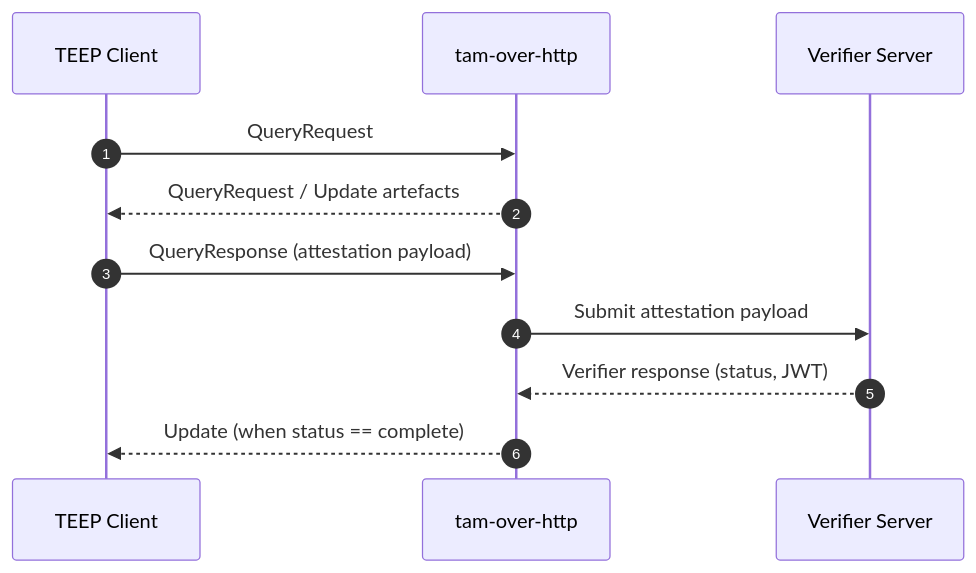
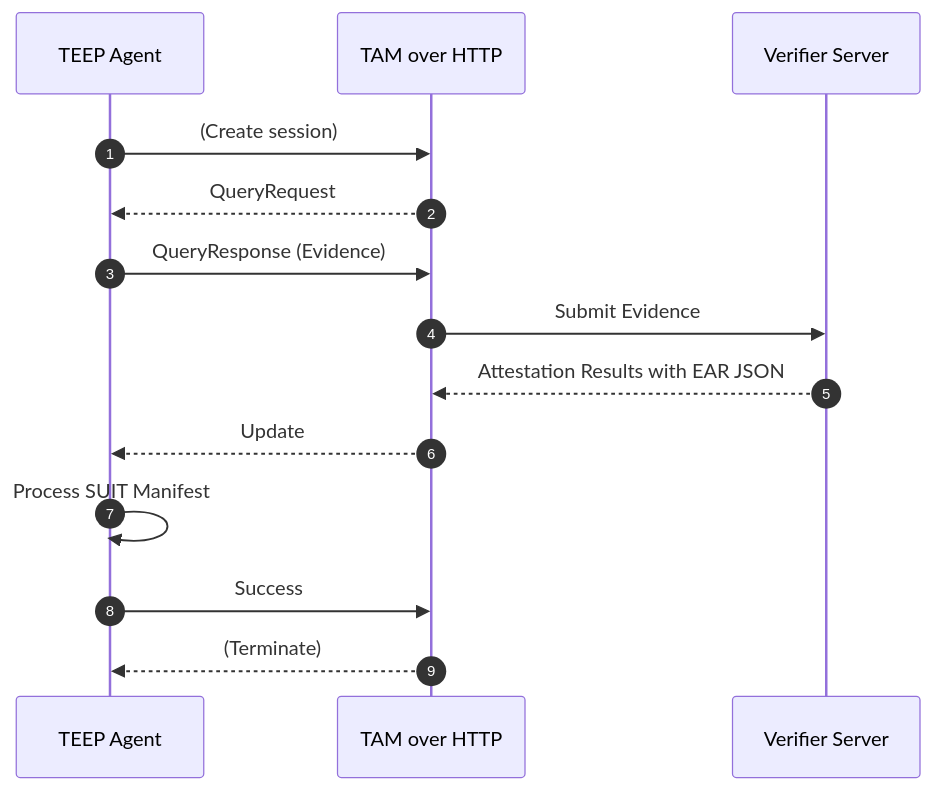
One commit to kentakayama/tam-over-http changed the second of 2 diagrams in README.md. Above: the diagram before and after it, drawn with Mermaid. The commit also changed other lines of this file and 1 other file, not shown here.

Commit message:
update: README

````diff
--- a/README.md
+++ b/README.md
@@ -58,14 +67,17 @@
 ```mermaid
 sequenceDiagram
     autonumber
-    participant Client as TEEP Client
-    participant TAM as tam-over-http
+    participant Client as TEEP Agent
+    participant TAM as TAM over HTTP
     participant Verifier as Verifier Server
 
-    Client->>TAM: QueryRequest
-    TAM-->>Client: QueryRequest / Update artefacts
-    Client->>TAM: QueryResponse (attestation payload)
-    TAM->>Verifier: Submit attestation payload
-    Verifier-->>TAM: Verifier response (status, JWT)
-    TAM-->>Client: Update (when status == complete)
+    Client->>TAM: (Create session)
+    TAM-->>Client: QueryRequest
+    Client->>TAM: QueryResponse (Evidence)
+    TAM->>Verifier: Submit Evidence
+    Verifier-->>TAM: Attestation Results with EAR JSON
+    TAM-->>Client: Update
+    Client->>Client: Process SUIT Manifest
+    Client->>TAM: Success
+    TAM-->>Client: (Terminate)
 ```
````
